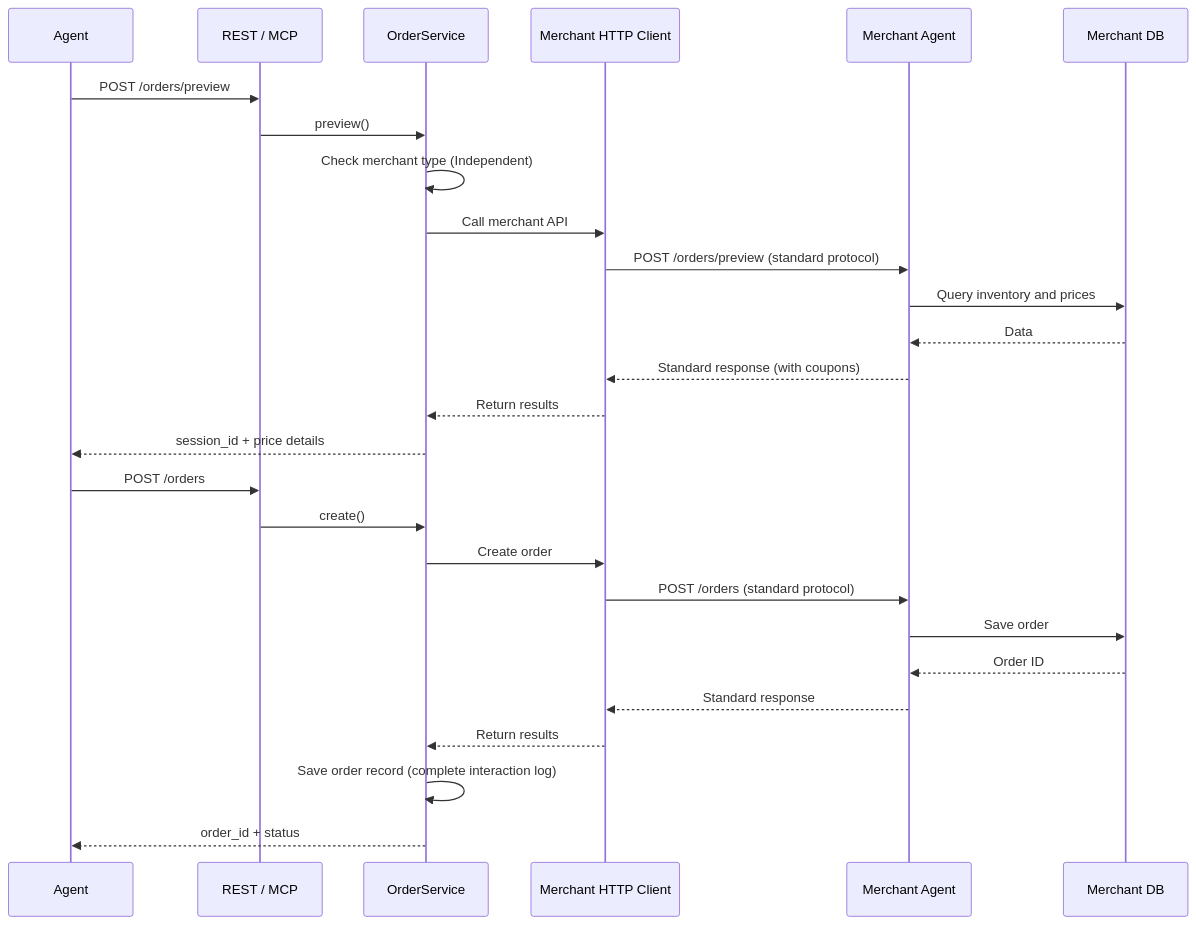
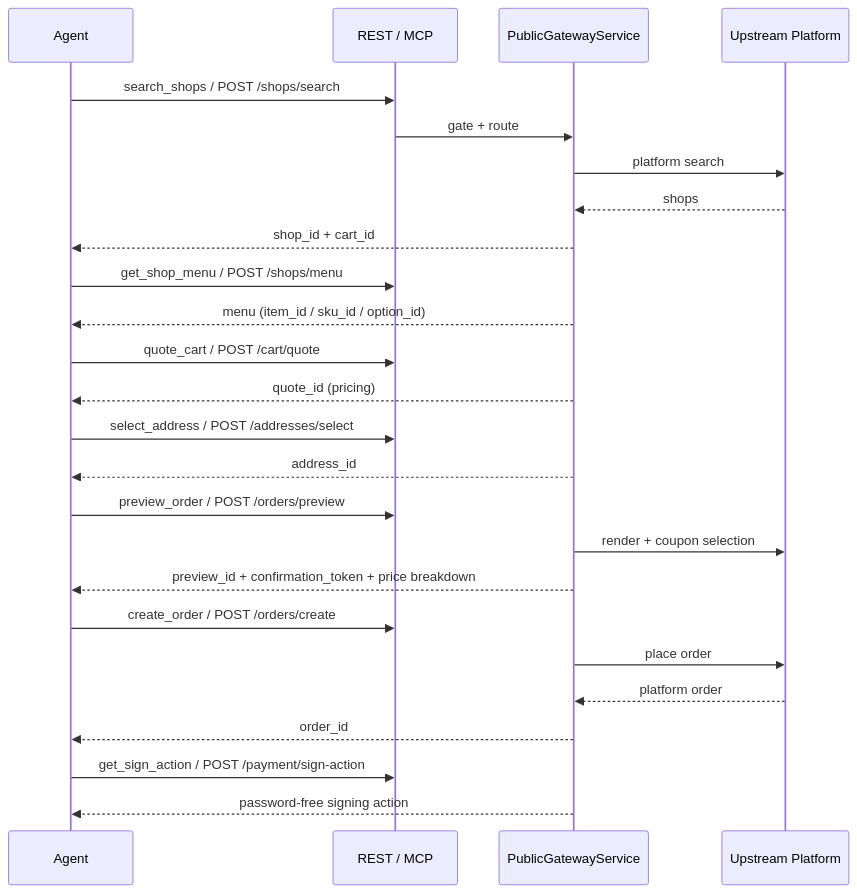
The third of 3 diagrams in en/gateway/architecture.mdx (clawdot/docs), drawn with Mermaid before and after one commit. The commit also changed other lines of this file and 96 other files, not shown here.

First line of the commit message:
docs(api): 接入契约文档对齐代码 + MCP 独立 tab (批次1)

````diff
--- a/en/gateway/architecture.mdx
+++ b/en/gateway/architecture.mdx
@@ -279,31 +131,34 @@
 ```mermaid
 sequenceDiagram
   participant Agent
-  participant Gateway as REST / MCP
-  participant Order as OrderService
-  participant MerchantClient as Merchant HTTP Client
-  participant Merchant as Merchant Agent
-  participant MerchantDB as Merchant DB
+  participant GW as REST / MCP
+  participant Svc as PublicGatewayService
+  participant Up as Upstream Platform
 
-  Agent->>Gateway: POST /orders/preview
-  Gateway->>Order: preview()
-  Order->>Order: Check merchant type (Independent)
-  Order->>MerchantClient: Call merchant API
-  MerchantClient->>Merchant: POST /orders/preview (standard protocol)
-  Merchant->>MerchantDB: Query inventory and prices
-  MerchantDB-->>Merchant: Data
-  Merchant-->>MerchantClient: Standard response (with coupons)
-  MerchantClient-->>Order: Return results
-  Order-->>Agent: session_id + price details
+  Agent->>GW: search_shops / POST /shops/search
+  GW->>Svc: gate + route
+  Svc->>Up: platform search
+  Up-->>Svc: shops
+  Svc-->>Agent: shop_id + cart_id
 
-  Agent->>Gateway: POST /orders
-  Gateway->>Order: create()
-  Order->>MerchantClient: Create order
-  MerchantClient->>Merchant: POST /orders (standard protocol)
-  Merchant->>MerchantDB: Save order
-  MerchantDB-->>Merchant: Order ID
-  Merchant-->>MerchantClient: Standard response
-  MerchantClient-->>Order: Return results
-  Order->>Order: Save order record (complete interaction log)
-  Order-->>Agent: order_id + status
+  Agent->>GW: get_shop_menu / POST /shops/menu
+  Svc-->>Agent: menu (item_id / sku_id / option_id)
+
+  Agent->>GW: quote_cart / POST /cart/quote
+  Svc-->>Agent: quote_id (pricing)
+
+  Agent->>GW: select_address / POST /addresses/select
+  Svc-->>Agent: address_id
+
+  Agent->>GW: preview_order / POST /orders/preview
+  Svc->>Up: render + coupon selection
+  Svc-->>Agent: preview_id + confirmation_token + price breakdown
+
+  Agent->>GW: create_order / POST /orders/create
+  Svc->>Up: place order
+  Up-->>Svc: platform order
+  Svc-->>Agent: order_id
+
+  Agent->>GW: get_sign_action / POST /payment/sign-action
+  Svc-->>Agent: password-free signing action
 ```
````
